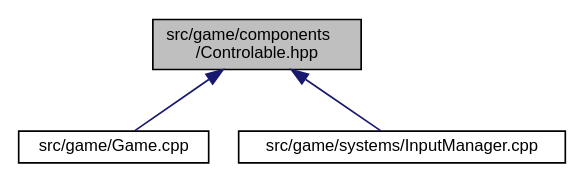
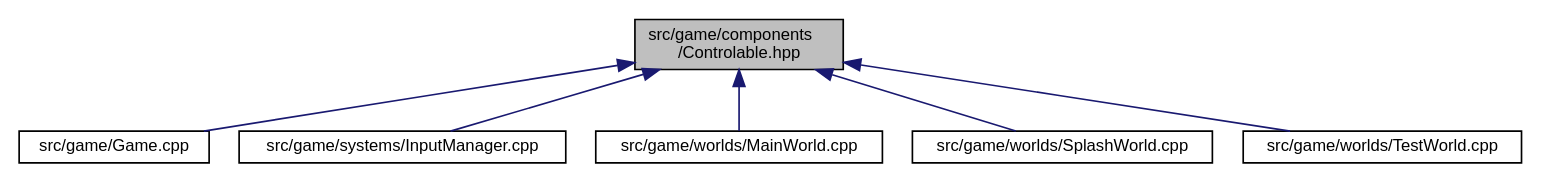
One commit to MisterPeModder/Bomberman-Global-Offensive changed the diagram in _controlable_8hpp__dep__incl.dot. Above: the diagram before and after it, drawn with Graphviz. The commit also changed 698 other files, not shown here.

```diff
--- a/_controlable_8hpp__dep__incl.dot
+++ b/_controlable_8hpp__dep__incl.dot
@@ -1,11 +1,17 @@
 digraph "src/game/components/Controlable.hpp"
 {
  // LATEX_PDF_SIZE
   edge [fontname="Helvetica",fontsize="10",labelfontname="Helvetica",labelfontsize="10"];
   node [fontname="Helvetica",fontsize="10",shape=record];
   Node1 [label="src/game/components\l/Controlable.hpp",height=0.2,width=0.4,color="black", fillcolor="grey75", style="filled", fontcolor="black",tooltip=" "];
   Node1 -> Node2 [dir="back",color="midnightblue",fontsize="10",style="solid",fontname="Helvetica"];
   Node2 [label="src/game/Game.cpp",height=0.2,width=0.4,color="black", fillcolor="white", style="filled",URL="$_game_8cpp.html",tooltip=" "];
   Node1 -> Node3 [dir="back",color="midnightblue",fontsize="10",style="solid",fontname="Helvetica"];
   Node3 [label="src/game/systems/InputManager.cpp",height=0.2,width=0.4,color="black", fillcolor="white", style="filled",URL="$_input_manager_8cpp.html",tooltip=" "];
+  Node1 -> Node4 [dir="back",color="midnightblue",fontsize="10",style="solid",fontname="Helvetica"];
+  Node4 [label="src/game/worlds/MainWorld.cpp",height=0.2,width=0.4,color="black", fillcolor="white", style="filled",URL="$_main_world_8cpp.html",tooltip=" "];
+  Node1 -> Node5 [dir="back",color="midnightblue",fontsize="10",style="solid",fontname="Helvetica"];
+  Node5 [label="src/game/worlds/SplashWorld.cpp",height=0.2,width=0.4,color="black", fillcolor="white", style="filled",URL="$_splash_world_8cpp.html",tooltip=" "];
+  Node1 -> Node6 [dir="back",color="midnightblue",fontsize="10",style="solid",fontname="Helvetica"];
+  Node6 [label="src/game/worlds/TestWorld.cpp",height=0.2,width=0.4,color="black", fillcolor="white", style="filled",URL="$_test_world_8cpp.html",tooltip=" "];
 }
```
